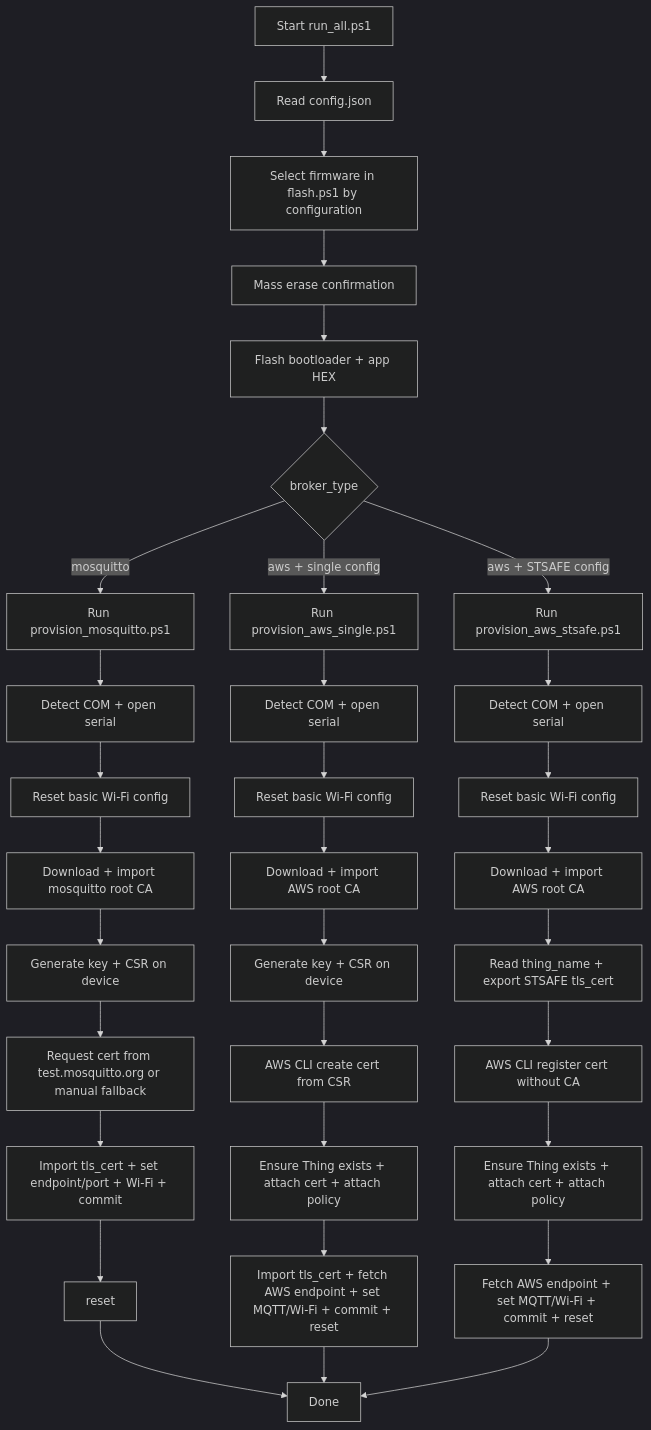
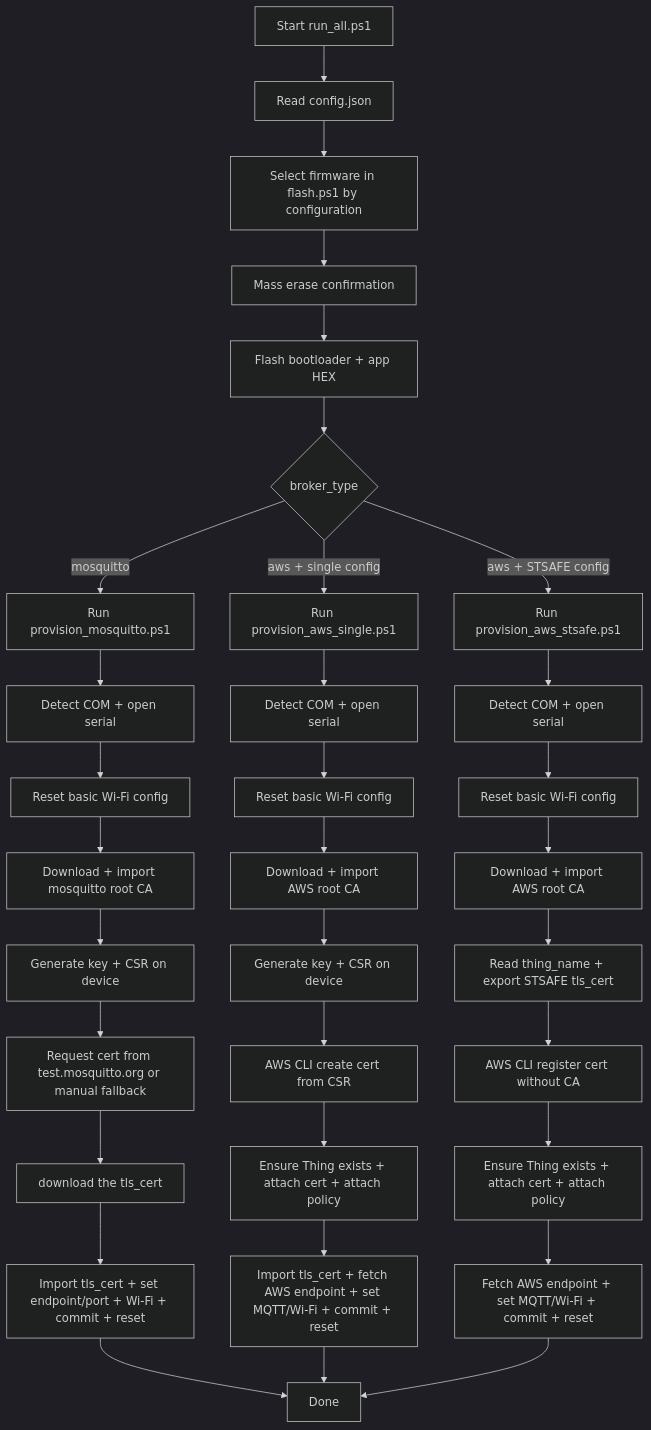
Before and after one commit to SlimJallouli/b_u585_iota02_iot_reference: the diagram in bin/readme.md, drawn with Mermaid (dark theme).

Commit message:
Update the flowchart

````diff
--- a/bin/readme.md
+++ b/bin/readme.md
@@ -45,39 +45,39 @@
 ```mermaid
 flowchart TD
     A[Start run_all.ps1] --> B[Read config.json]
     B --> C[Select firmware in flash.ps1 by configuration]
     C --> D[Mass erase confirmation]
     D --> E[Flash bootloader + app HEX]
     E --> F{broker_type}
 
     F -->|mosquitto| G[Run provision_mosquitto.ps1]
     G --> G1[Detect COM + open serial]
     G1 --> G2[Reset basic Wi-Fi config]
     G2 --> G3[Download + import mosquitto root CA]
     G3 --> G4[Generate key + CSR on device]
     G4 --> G5[Request cert from test.mosquitto.org or manual fallback]
-    G5 --> G6[Import tls_cert + set endpoint/port + Wi-Fi + commit]
-    G6 --> G7[reset]
+    G5 --> G6[download the tls_cert]
+    G6 --> G7[Import tls_cert + set endpoint/port + Wi-Fi + commit + reset]
 
     F -->|aws + single config| H[Run provision_aws_single.ps1]
     H --> H1[Detect COM + open serial]
     H1 --> H2[Reset basic Wi-Fi config]
     H2 --> H3[Download + import AWS root CA]
     H3 --> H4[Generate key + CSR on device]
     H4 --> H5[AWS CLI create cert from CSR]
     H5 --> H6[Ensure Thing exists + attach cert + attach policy]
     H6 --> H7[Import tls_cert + fetch AWS endpoint + set MQTT/Wi-Fi + commit + reset]
 
     F -->|aws + STSAFE config| I[Run provision_aws_stsafe.ps1]
     I --> I1[Detect COM + open serial]
     I1 --> I2[Reset basic Wi-Fi config]    
     I2 --> I3[Download + import AWS root CA]
     I3 --> I4[Read thing_name + export STSAFE tls_cert]
     I4 --> I5[AWS CLI register cert without CA]
     I5 --> I6[Ensure Thing exists + attach cert + attach policy]
     I6 --> I7[Fetch AWS endpoint + set MQTT/Wi-Fi + commit + reset]
 
     G7 --> Z[Done]
     H7 --> Z
     I7 --> Z
 ```
````
